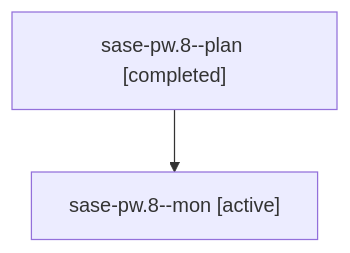
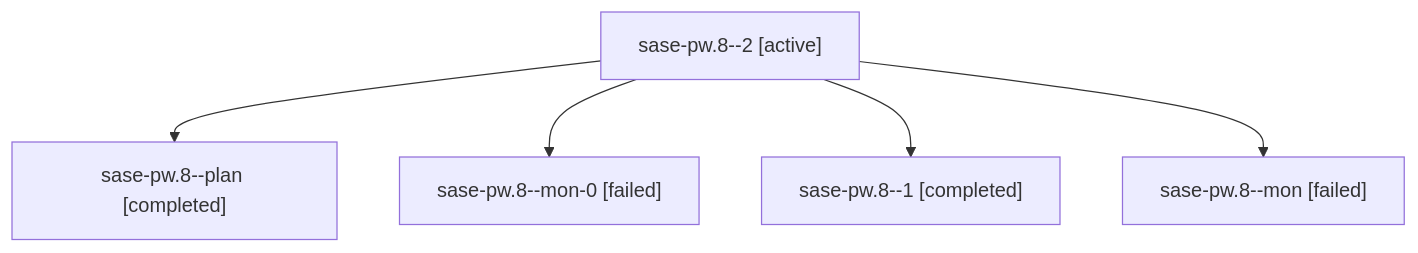
The diagram in families/bbugyi200.athena.sase-pw.8.md (sase-org/sase--agents), drawn with Mermaid before and after one commit. The commit also changed other lines of this file and 168 other files, not shown here.

````diff
--- a/families/bbugyi200.athena.sase-pw.8.md
+++ b/families/bbugyi200.athena.sase-pw.8.md
@@ -9,6 +9,12 @@
 ```mermaid
 flowchart TD
-  n0["sase-pw.8--plan [completed]"]
-  n1["sase-pw.8--mon [active]"]
+  n0["sase-pw.8--2 [active]"]
+  n1["sase-pw.8--plan [completed]"]
   n0 --> n1
+  n2["sase-pw.8--mon-0 [failed]"]
+  n0 --> n2
+  n3["sase-pw.8--1 [completed]"]
+  n0 --> n3
+  n4["sase-pw.8--mon [failed]"]
+  n0 --> n4
 ```
````
